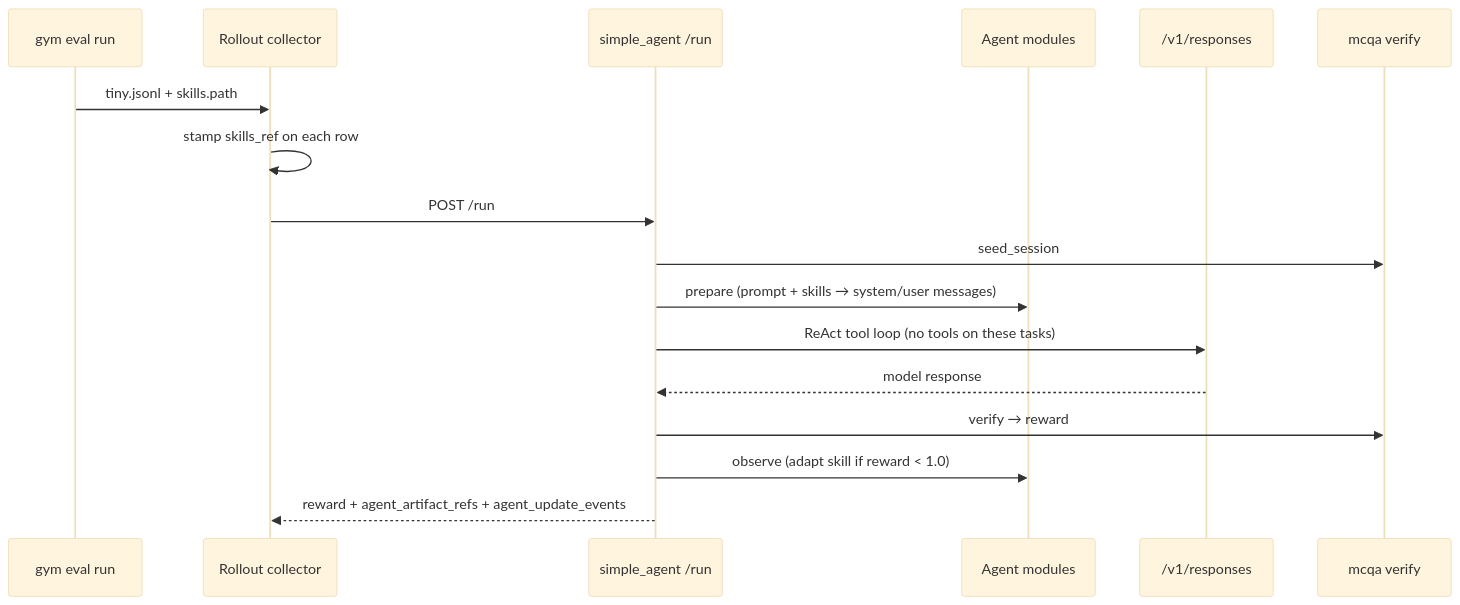
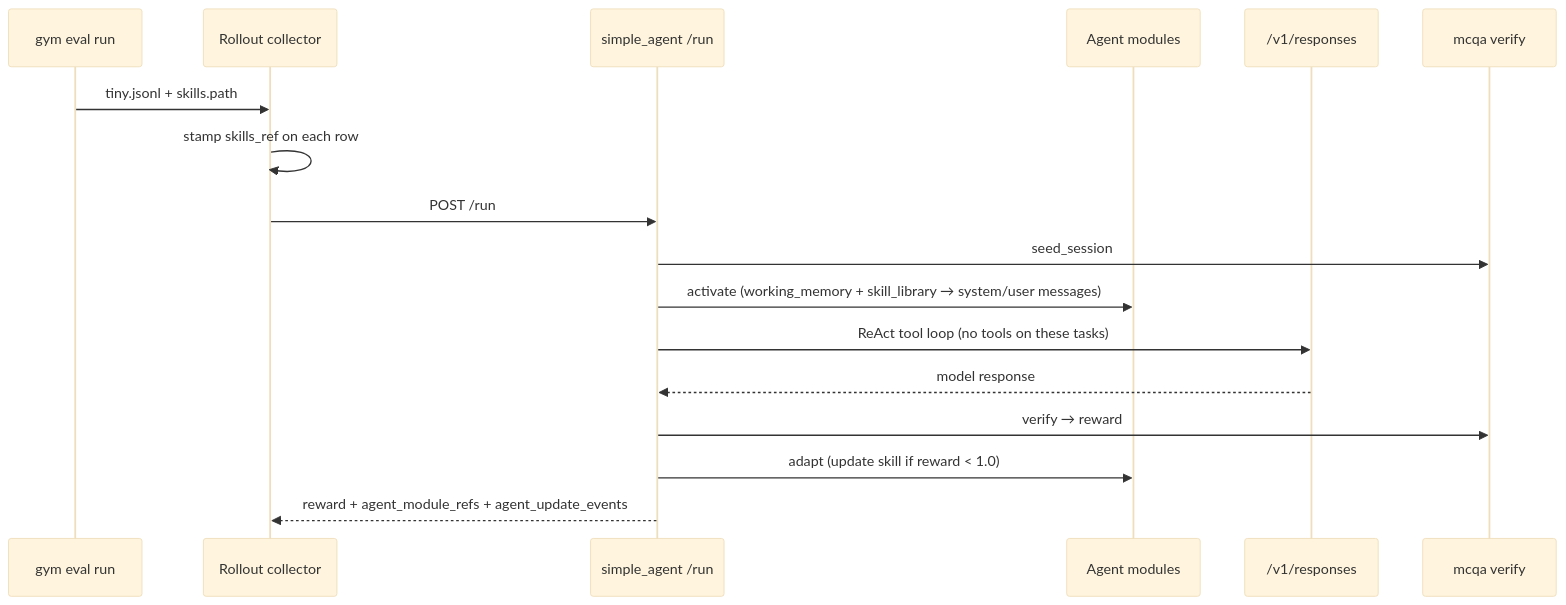
Before and after one commit to NVIDIA-NeMo/Gym: the diagram in fern/versions/latest/pages/evaluation-tutorials/agent-modules-walkthrough.mdx, drawn with Mermaid (base theme). The commit also changed other lines of this file and 10 other files, not shown here.

````diff
--- a/fern/versions/latest/pages/evaluation-tutorials/agent-modules-walkthrough.mdx
+++ b/fern/versions/latest/pages/evaluation-tutorials/agent-modules-walkthrough.mdx
@@ -31,20 +31,20 @@
 ```mermaid
 sequenceDiagram
     participant CLI as gym eval run
     participant P as Rollout collector
     participant A as simple_agent /run
     participant M as Agent modules
     participant H as /v1/responses
     participant E as mcqa verify
 
     CLI->>P: tiny.jsonl + skills.path
     P->>P: stamp skills_ref on each row
     P->>A: POST /run
     A->>E: seed_session
-    A->>M: prepare (prompt + skills → system/user messages)
+    A->>M: activate (working_memory + skill_library → system/user messages)
     A->>H: ReAct tool loop (no tools on these tasks)
     H-->>A: model response
     A->>E: verify → reward
-    A->>M: observe (adapt skill if reward < 1.0)
-    A-->>P: reward + agent_artifact_refs + agent_update_events
+    A->>M: adapt (update skill if reward < 1.0)
+    A-->>P: reward + agent_module_refs + agent_update_events
 ```
````
